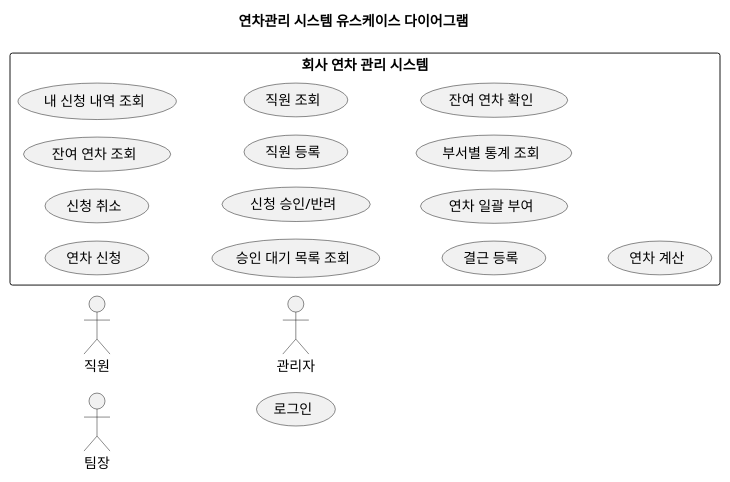
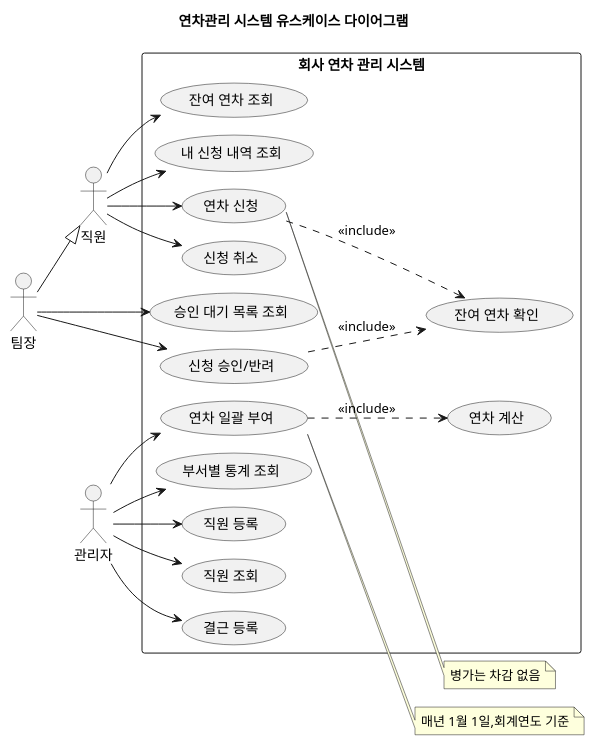
The diagram in docs/usecase.puml (alex48721212/26-2-Java-programing), drawn with PlantUML before and after one commit. The commit also changed 1 other file, not shown here.

Commit message:
유스케이스 다이어그램 마무리 및 클래스 다이어그램 기본 만들기

```diff
--- a/docs/usecase.puml
+++ b/docs/usecase.puml
@@ -1,34 +1,57 @@
 @startuml
 !pragma layout smetana
 skinparam defaultFontName "Malgun Gothic"
 left to right direction
 title 연차관리 시스템 유스케이스 다이어그램
 
 '액터
-actor 직원
-actor 팀장
-actor 관리자
+actor 직원 as Emp
+actor 팀장 as Leader
+actor 관리자 as Admin
 
 '유스케이스
 rectangle "회사 연차 관리 시스템"{
 '직원이 쓰는 기능
 usecase "연차 신청" as UC_Apply
 usecase "신청 취소" as UC_Cancel
 usecase "잔여 연차 조회" as UC_Balance
 usecase "내 신청 내역 조회" as UC_MyList
 '팀장이 쓰는 기능
 usecase "승인 대기 목록 조회" as UC_Pending
 usecase "신청 승인/반려" as UC_Approve
 '관리자가 쓰는 기능
 usecase "직원 등록" as UC_RegEmp
 usecase "직원 조회" as UC_FindEmp
 usecase "결근 등록" as UC_Absence
 usecase "연차 일괄 부여" as UC_Grant
 usecase "부서별 통계 조회" as UC_Stats
 '액터와 직접 연결하지 않는 기능
 usecase "잔여 연차 확인" as UC_Check
 usecase "연차 계산" as UC_Calc
 }
 
-usecase "로그인"
+'선으로 연결하기
+'직원 --> 기능 연결
+Emp --> UC_Apply
+Emp --> UC_Cancel
+Emp --> UC_Balance
+Emp --> UC_MyList
+'팀장 --> 기능 연결
+Leader --> UC_Pending
+Leader --> UC_Approve
+'관리자 --> 기능 연결
+Admin --> UC_RegEmp
+Admin --> UC_FindEmp
+Admin --> UC_Absence
+Admin --> UC_Grant
+Admin --> UC_Stats
+'팀장도 직원이기에 상속시키기
+Leader --|> Emp
+'include 만들기
+UC_Apply ..> UC_Check : <<include>>
+UC_Approve ..> UC_Check : <<include>>
+UC_Grant ..> UC_Calc : <<include>>
+'조건 메모
+note right of UC_Apply:병가는 차감 없음
+note right of UC_Grant:매년 1월 1일,회계연도 기준
 @enduml
```
